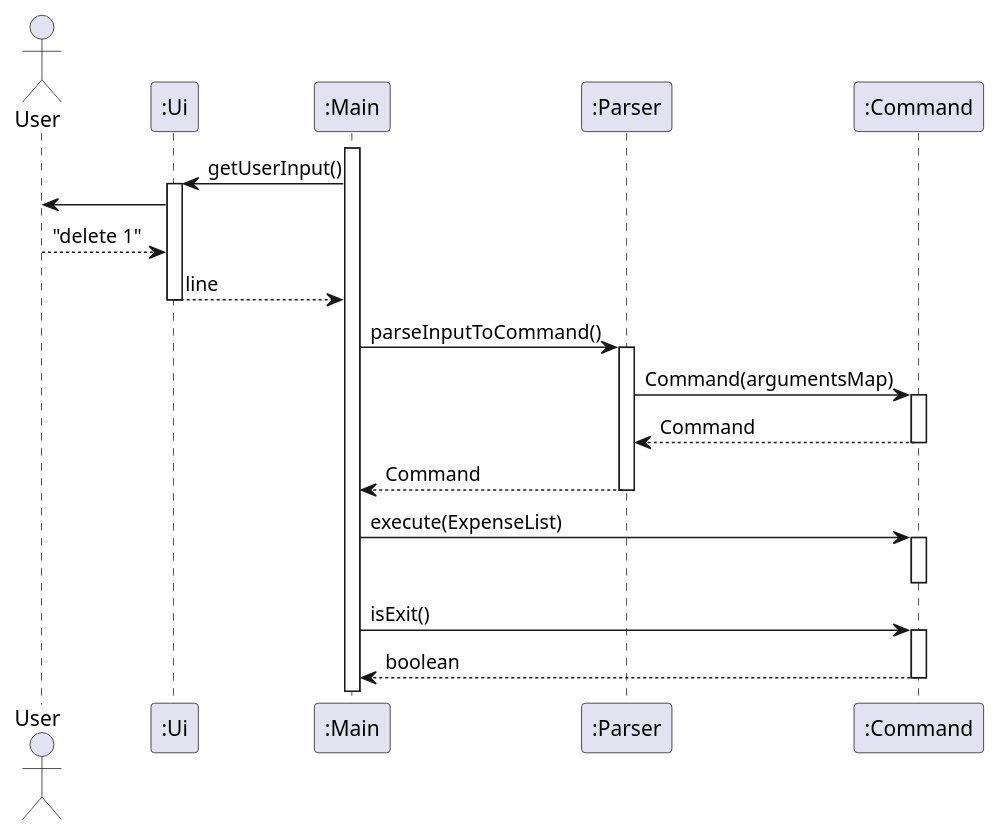
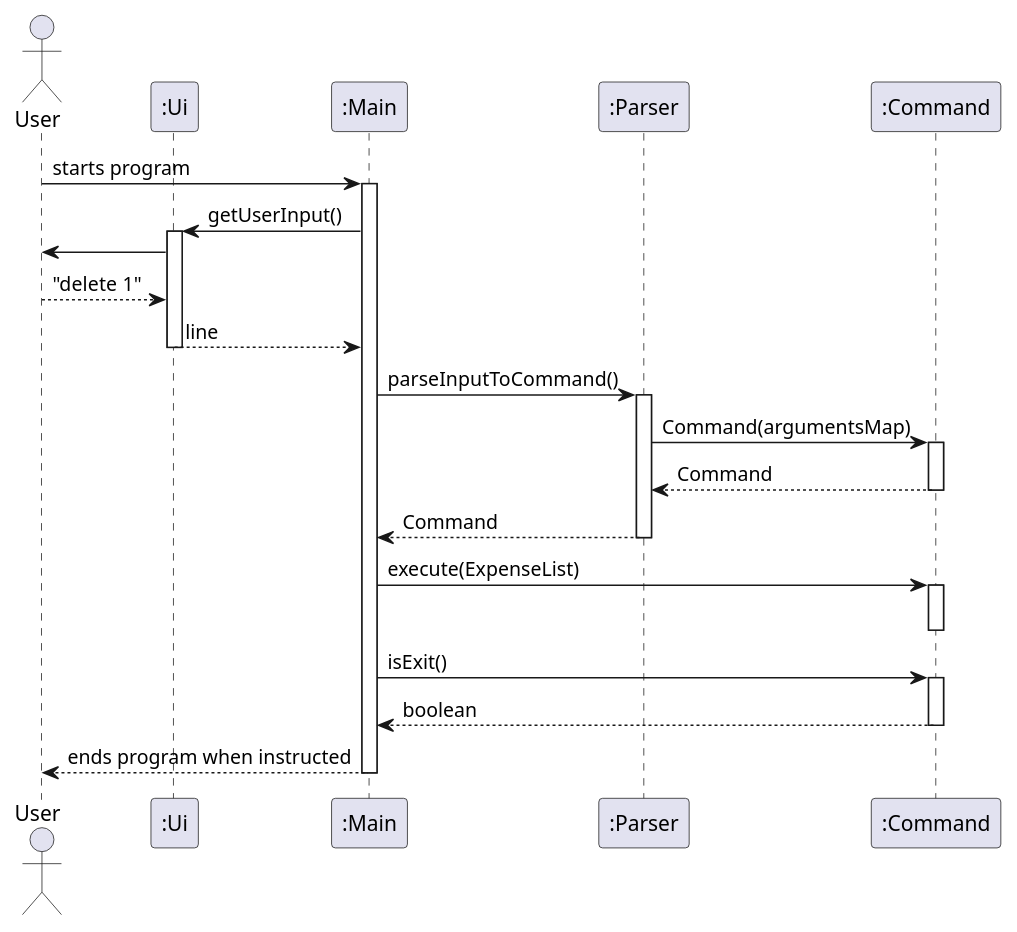
The diagram in docs/diagrams/plantuml/CommandExecutionSequence.puml (nus-cs2113-AY2425S1/tp), drawn with PlantUML before and after one commit. The commit also changed 2 other files, not shown here.

```diff
--- a/docs/diagrams/plantuml/CommandExecutionSequence.puml
+++ b/docs/diagrams/plantuml/CommandExecutionSequence.puml
@@ -1,37 +1,41 @@
 @startuml
 actor User
 participant ":Ui"
 participant ":Main"
 participant ":Parser"
 participant ":Command"
 
+"User" -> ":Main" : starts program
 activate ":Main"
 
 ":Main" -> ":Ui": getUserInput()
 activate ":Ui"
 ":Ui" -> User
 User --> ":Ui": "delete 1"
 ":Ui" --> ":Main": line
 deactivate ":Ui"
 
 ":Main" -> ":Parser" : parseInputToCommand()
 activate ":Parser"
 ":Parser" -> ":Command": Command(argumentsMap)
 activate ":Command"
 ":Parser" <-- ":Command": Command
 deactivate ":Command"
 ":Main" <-- ":Parser" : Command
 deactivate ":Parser"
 
 
 ":Main" -> ":Command": execute(ExpenseList)
 activate ":Command"
 deactivate ":Command"
 
 
 ":Main" -> ":Command": isExit()
 activate ":Command"
 ":Main" <-- ":Command": boolean
 deactivate ":Command"
 
+"User" <-- ":Main" : ends program when instructed
+deactivate ":Main"
+
 @enduml
```
